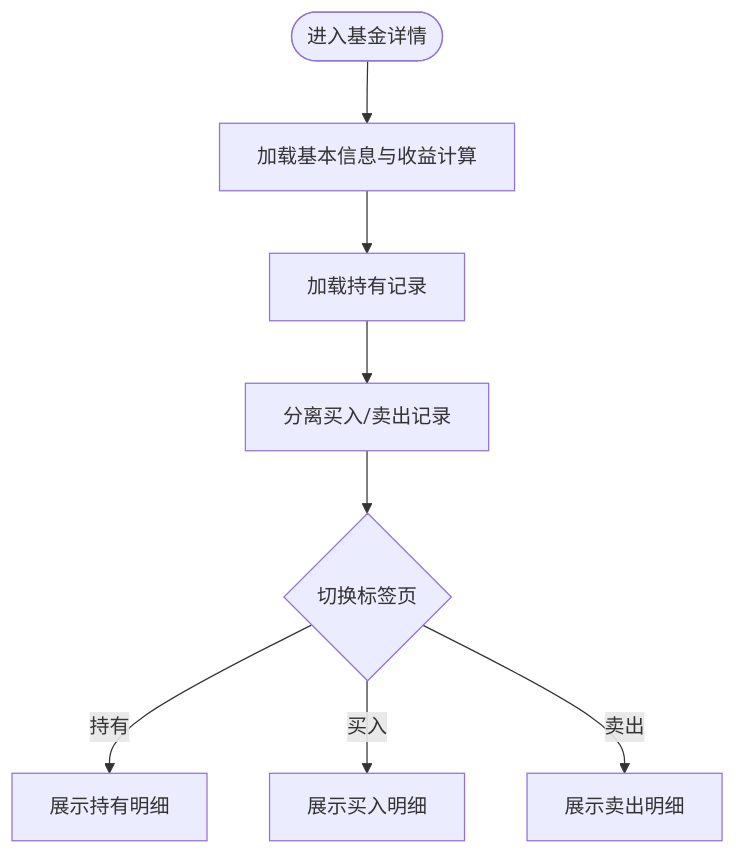
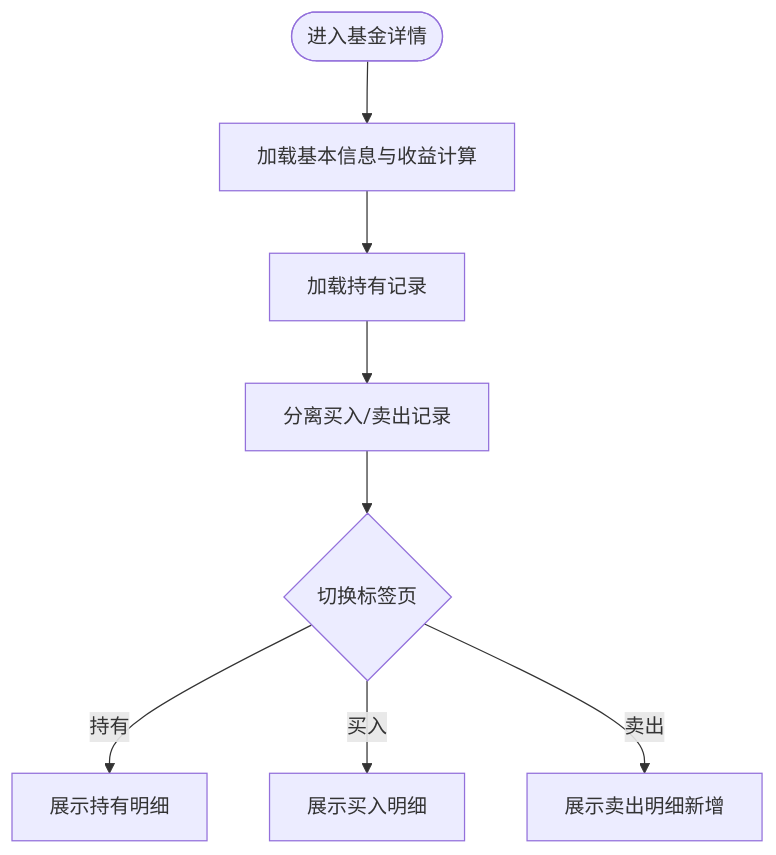
Before and after one commit to xiao-lin-unit/yuan: the seventh of 11 diagrams in .qoder/repowiki/zh/content/资产管理/资产管理.md, drawn with Mermaid. The commit also changed other lines of this file and 10 other files, not shown here.

````diff
--- a/.qoder/repowiki/zh/content/资产管理/资产管理.md
+++ b/.qoder/repowiki/zh/content/资产管理/资产管理.md
@@ -238,10 +238,10 @@
 ```mermaid
 flowchart TD
 Enter(["进入基金详情"]) --> LoadBasic["加载基本信息与收益计算"]
 LoadBasic --> LoadHoldings["加载持有记录"]
 LoadHoldings --> LoadTransactions["分离买入/卖出记录"]
 LoadTransactions --> Tabs{"切换标签页"}
 Tabs --> |持有| ShowHoldings["展示持有明细"]
 Tabs --> |买入| ShowBuy["展示买入明细"]
-Tabs --> |卖出| ShowSell["展示卖出明细"]
+Tabs --> |卖出| ShowSell["展示卖出明细新增"]
 ```
````
